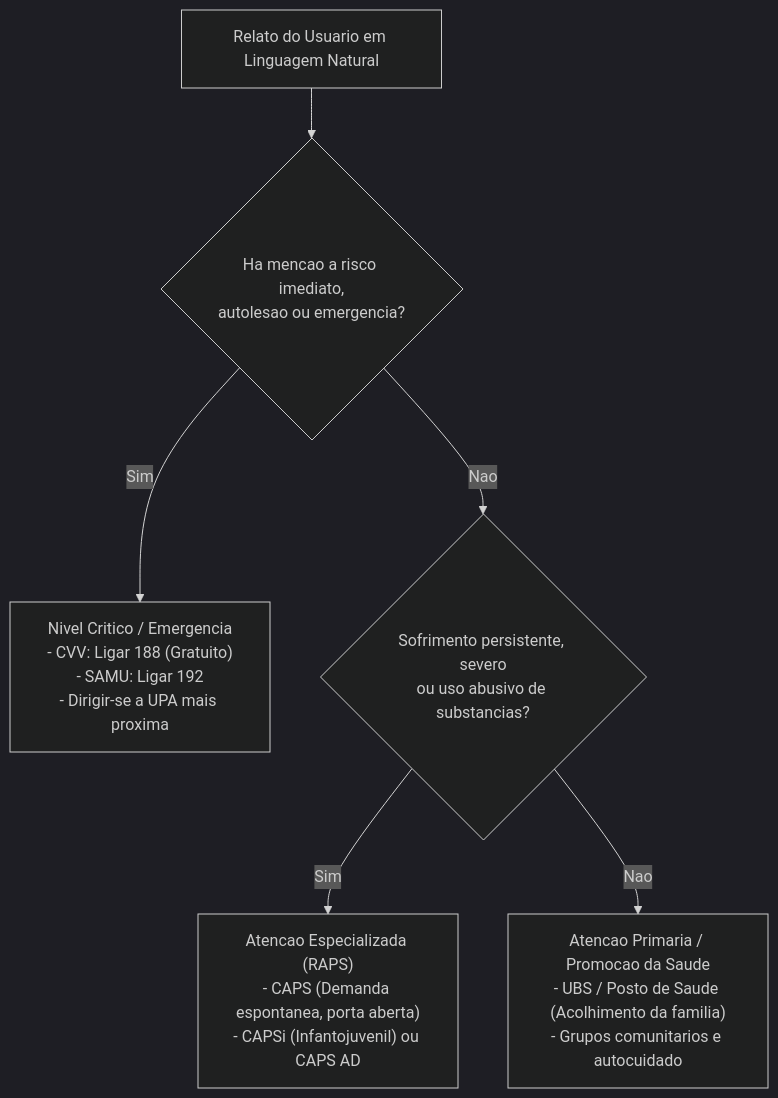
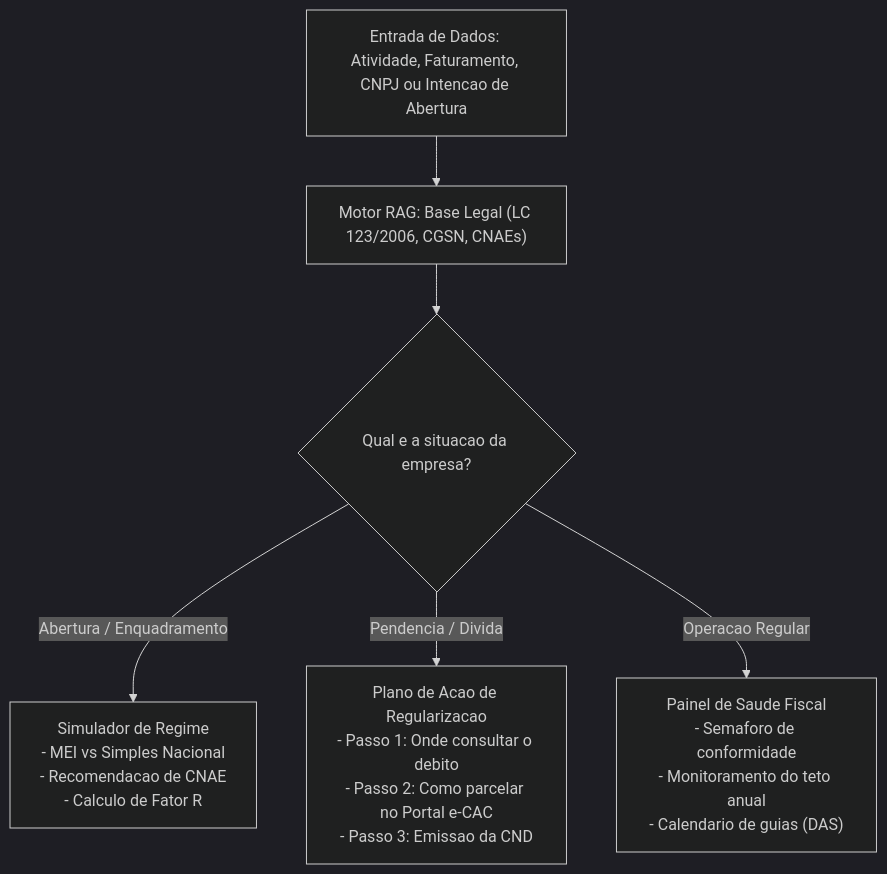
The diagram in docs/guiding-questions.md (ingrdsoares/RES-IA-Challenge-2), drawn with Mermaid (dark theme) before and after one commit. The commit also changed other lines of this file and 9 other files, not shown here.

````diff
--- a/docs/guiding-questions.md
+++ b/docs/guiding-questions.md
@@ -74,12 +60,12 @@
 ```mermaid
 flowchart TD
-    Entrada["Relato do Usuario em Linguagem Natural"] --> Triagem{"Ha mencao a risco imediato,\nautolesao ou emergencia?"}
+    Entrada["Entrada de Dados: Atividade, Faturamento, CNPJ ou Intencao de Abertura"] --> RAG["Motor RAG: Base Legal (LC 123/2006, CGSN, CNAEs)"]
     
-    Triagem -- Sim --> Emergencia["Nivel Critico / Emergencia\n- CVV: Ligar 188 (Gratuito)\n- SAMU: Ligar 192\n- Dirigir-se a UPA mais proxima"]
+    RAG --> Analise{"Qual e a situacao da empresa?"}
     
-    Triagem -- Nao --> AvaliaDuracao{"Sofrimento persistente, severo\nou uso abusivo de substancias?"}
+    Analise -- Abertura / Enquadramento --> Simula["Simulador de Regime\n- MEI vs Simples Nacional\n- Recomendacao de CNAE\n- Calculo de Fator R"]
     
-    AvaliaDuracao -- Sim --> RAPS["Atencao Especializada (RAPS)\n- CAPS (Demanda espontanea, porta aberta)\n- CAPSi (Infantojuvenil) ou CAPS AD"]
+    Analise -- Pendencia / Divida --> Regulariza["Plano de Acao de Regularizacao\n- Passo 1: Onde consultar o debito\n- Passo 2: Como parcelar no Portal e-CAC\n- Passo 3: Emissao da CND"]
     
-    AvaliaDuracao -- Nao --> AtencaoBasica["Atencao Primaria / Promocao da Saude\n- UBS / Posto de Saude (Acolhimento da familia)\n- Grupos comunitarios e autocuidado"]
+    Analise -- Operacao Regular --> Painel["Painel de Saude Fiscal\n- Semaforo de conformidade\n- Monitoramento do teto anual\n- Calendario de guias (DAS)"]
 ```
````
